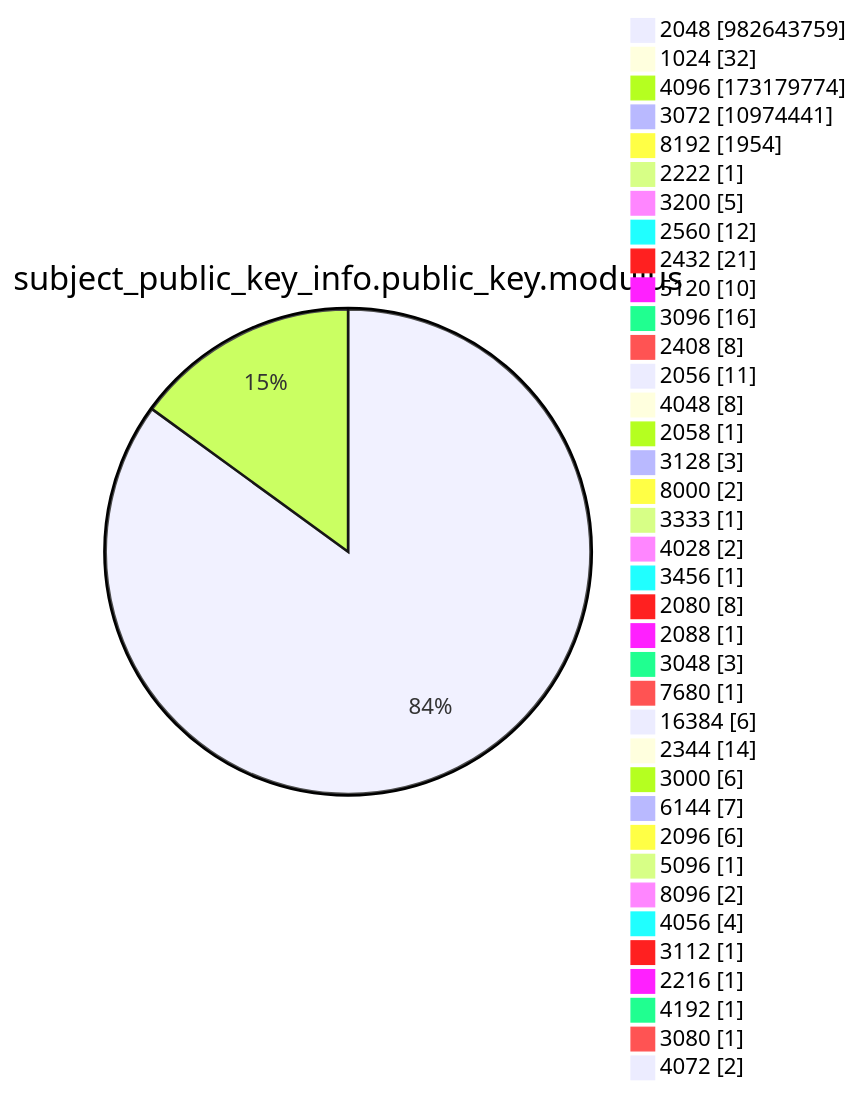
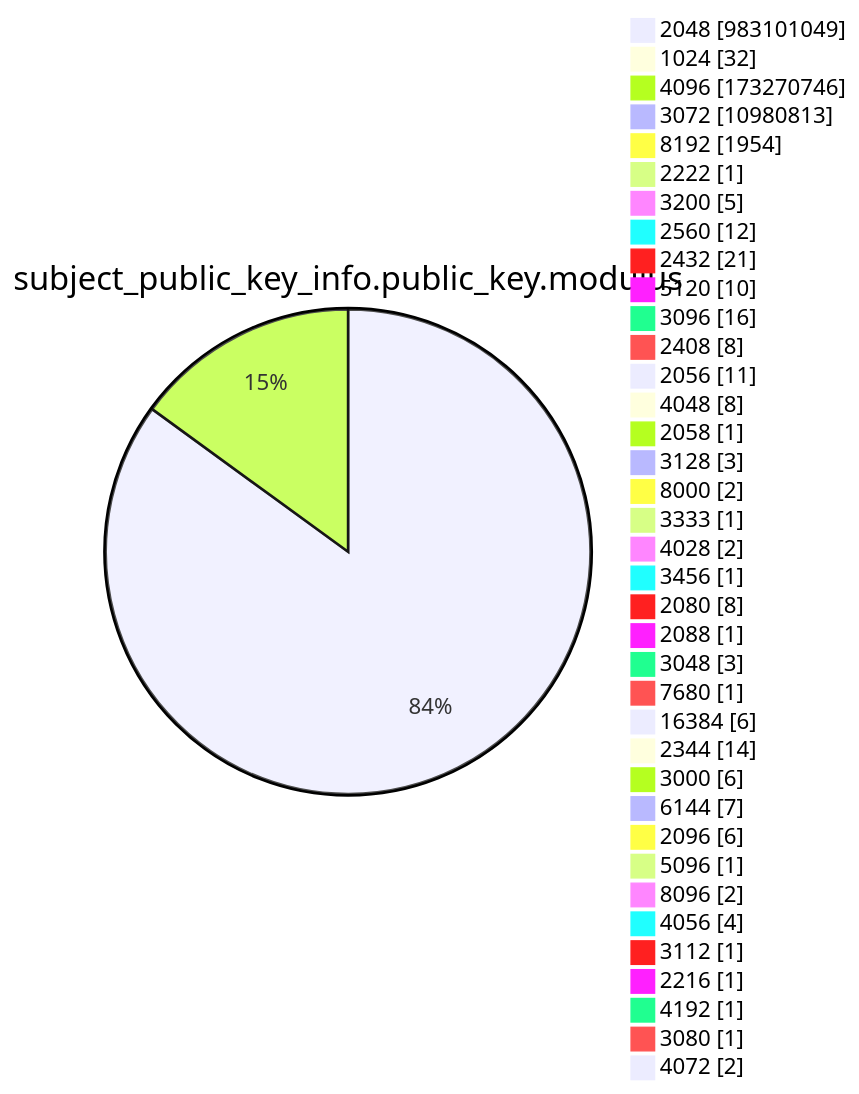
Before and after one commit to christiankrug/ctmonitor_visualization: diagram 13 of 15 in argon2022/README.md, drawn with Mermaid. The commit also changed other lines of this file, not shown here.

````diff
--- a/argon2022/README.md
+++ b/argon2022/README.md
@@ -3587,41 +3587,41 @@
 ```mermaid
 pie showData
 title subject_public_key_info.public_key.modulus
-"2048" :982643759
+"2048" :983101049
 "1024" :32
-"4096" :173179774
-"3072" :10974441
+"4096" :173270746
+"3072" :10980813
 "8192" :1954
 "2222" :1
 "3200" :5
 "2560" :12
 "2432" :21
 "5120" :10
 "3096" :16
 "2408" :8
 "2056" :11
 "4048" :8
 "2058" :1
 "3128" :3
 "8000" :2
 "3333" :1
 "4028" :2
 "3456" :1
 "2080" :8
 "2088" :1
 "3048" :3
 "7680" :1
 "16384" :6
 "2344" :14
 "3000" :6
 "6144" :7
 "2096" :6
 "5096" :1
 "8096" :2
 "4056" :4
 "3112" :1
 "2216" :1
 "4192" :1
 "3080" :1
 "4072" :2
 ```
````
